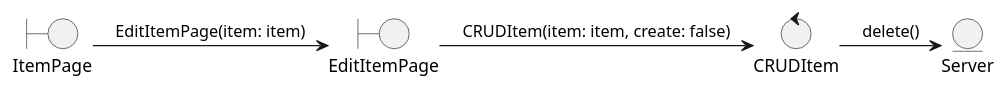
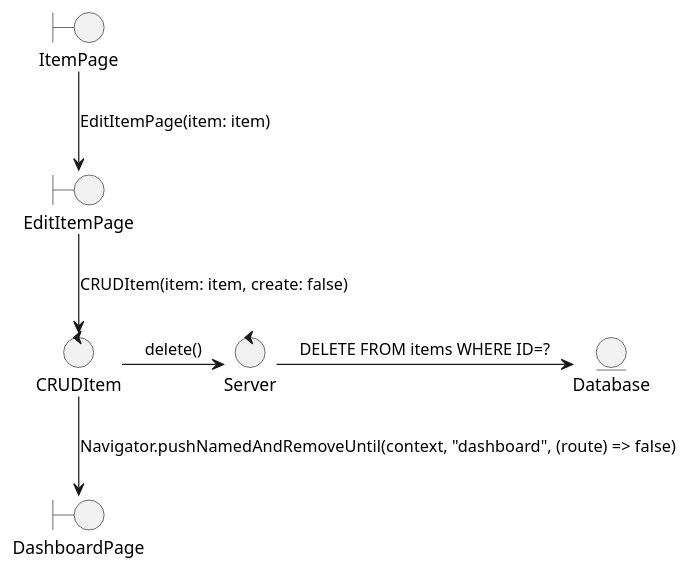
The diagram in del_item_colab.puml (stnDinus/skpl_apbo_diagrams), drawn with PlantUML before and after one commit. The commit also changed 19 other files, not shown here.

Commit message:
fix: sequence, colab diagrams

```diff
--- a/del_item_colab.puml
+++ b/del_item_colab.puml
@@ -1,10 +1,14 @@
 @startuml
 boundary ItemPage
 boundary EditItemPage
+boundary DashboardPage
 control CRUDItem
-entity Server
+control Server
+entity Database
 
-(ItemPage) -> (EditItemPage): EditItemPage(item: item)
-(EditItemPage) -> (CRUDItem): CRUDItem(item: item, create: false)
+(ItemPage) --> (EditItemPage): EditItemPage(item: item)
+(EditItemPage) --> (CRUDItem): CRUDItem(item: item, create: false)
 (CRUDItem) -> (Server): delete()
+(Server) -> (Database): DELETE FROM items WHERE ID=?
+(CRUDItem) --> (DashboardPage): Navigator.pushNamedAndRemoveUntil(context, "dashboard", (route) => false)
 @enduml
```
